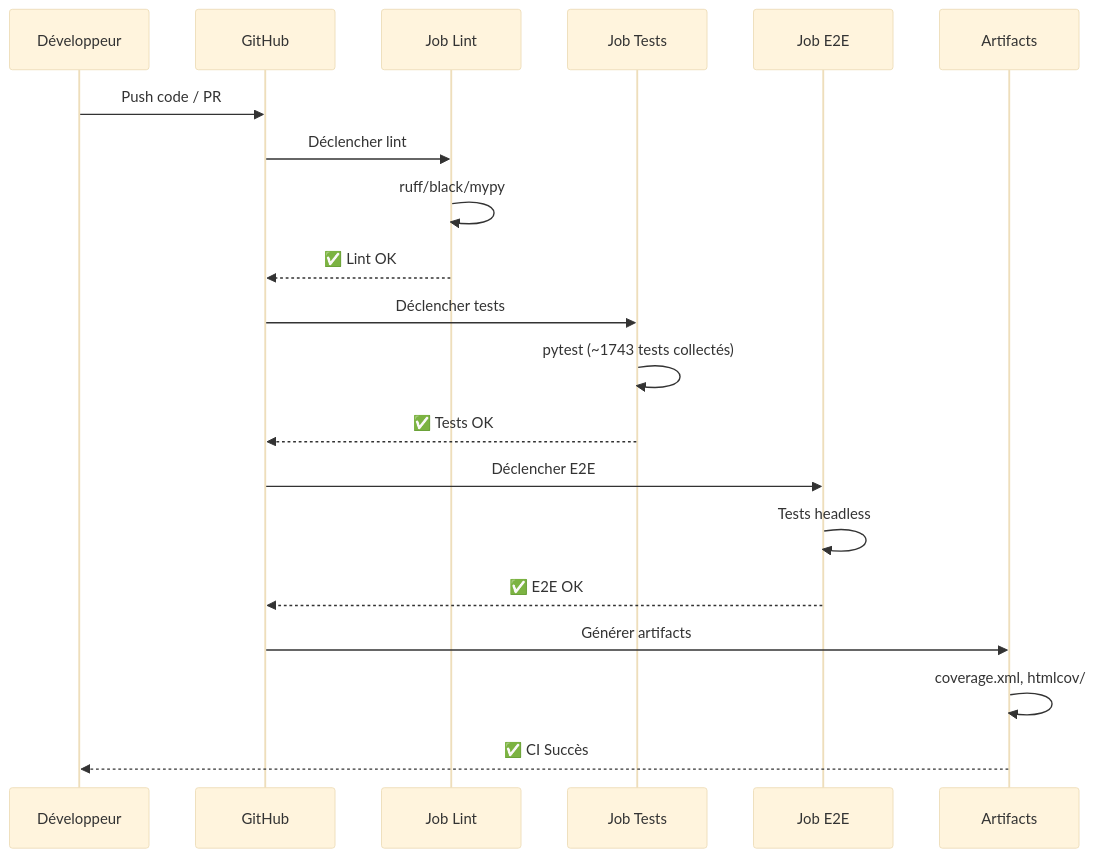
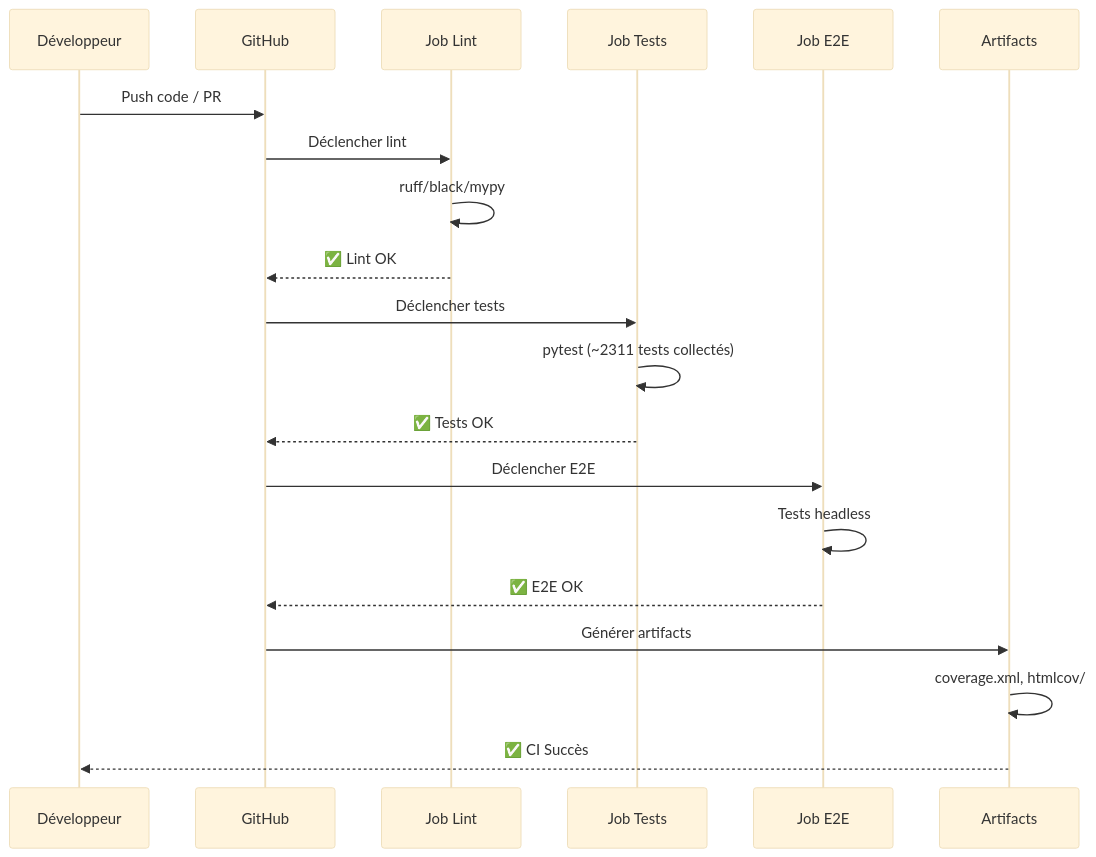
Before and after one commit to arkalia-luna-system/bbia-sim: the second of 2 diagrams in docs/deployment/PIPELINE_CI.md, drawn with Mermaid (base theme). The commit also changed other lines of this file and 6 other files, not shown here.

````diff
--- a/docs/deployment/PIPELINE_CI.md
+++ b/docs/deployment/PIPELINE_CI.md
@@ -49,27 +49,27 @@
 ```mermaid 📊
 sequenceDiagram
     participant Dev as Développeur
     participant GitHub as GitHub
     participant Lint as Job Lint
     participant Tests as Job Tests
     participant E2E as Job E2E
     participant Artifacts as Artifacts
     
     Dev->>GitHub: Push code / PR
     GitHub->>Lint: Déclencher lint
     Lint->>Lint: ruff/black/mypy
     Lint-->>GitHub: ✅ Lint OK
     
     GitHub->>Tests: Déclencher tests
-    Tests->>Tests: pytest (~1743 tests collectés)
+    Tests->>Tests: pytest (~2311 tests collectés)
     Tests-->>GitHub: ✅ Tests OK
     
     GitHub->>E2E: Déclencher E2E
     E2E->>E2E: Tests headless
     E2E-->>GitHub: ✅ E2E OK
     
     GitHub->>Artifacts: Générer artifacts
     Artifacts->>Artifacts: coverage.xml, htmlcov/
     Artifacts-->>Dev: ✅ CI Succès
 
 ```
````
